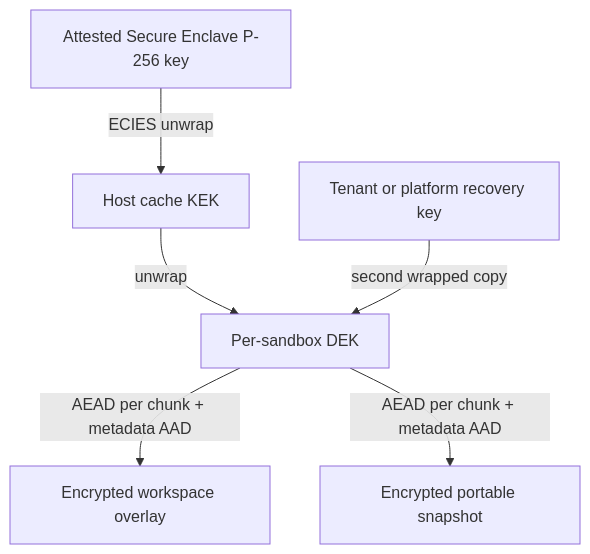
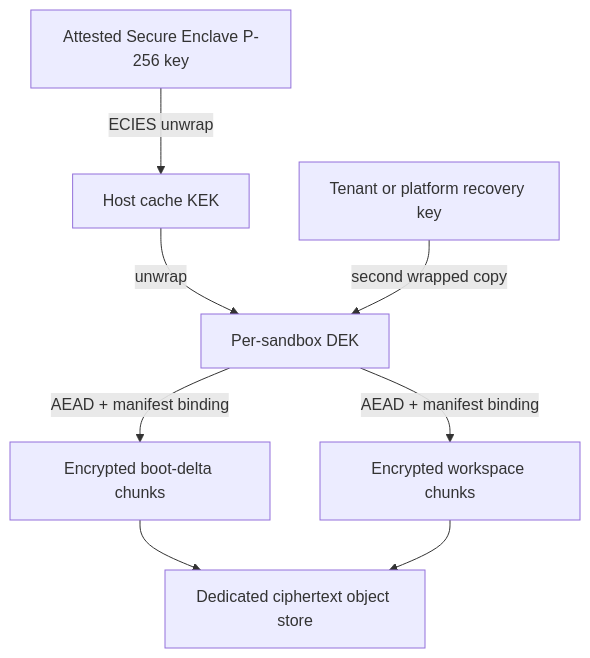
Before and after one commit to Layr-Labs/d-inference: the second of 3 diagrams in docs/reports/2026-08-22-sandbox-platform-plan.md, drawn with Mermaid. The commit also changed other lines of this file and 2 other files, not shown here.

Commit message:
docs: harden sandbox architecture proposal

````diff
--- a/docs/reports/2026-08-22-sandbox-platform-plan.md
+++ b/docs/reports/2026-08-22-sandbox-platform-plan.md
@@ -289,8 +377,10 @@
 ```mermaid
 flowchart TD
   SE["Attested Secure Enclave P-256 key"] -->|"ECIES unwrap"| HK["Host cache KEK"]
   HK -->|"unwrap"| DEK["Per-sandbox DEK"]
   Recovery["Tenant or platform recovery key"] -->|"second wrapped copy"| DEK
-  DEK -->|"AEAD per chunk + metadata AAD"| Overlay["Encrypted workspace overlay"]
-  DEK -->|"AEAD per chunk + metadata AAD"| Snapshot["Encrypted portable snapshot"]
+  DEK -->|"AEAD + manifest binding"| Boot["Encrypted boot-delta chunks"]
+  DEK -->|"AEAD + manifest binding"| Workspace["Encrypted workspace chunks"]
+  Boot --> Object["Dedicated ciphertext object store"]
+  Workspace --> Object
 ```
````
